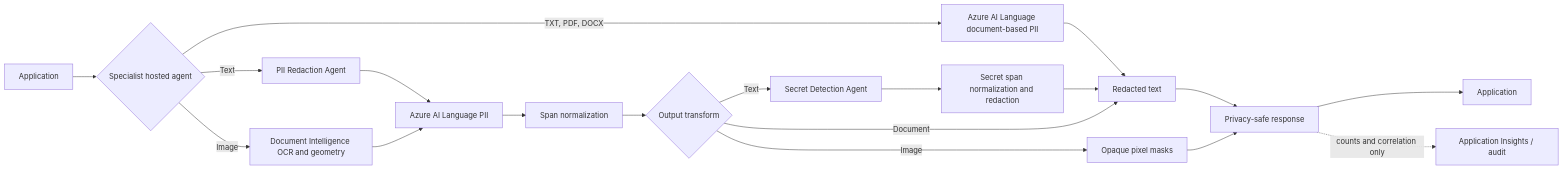
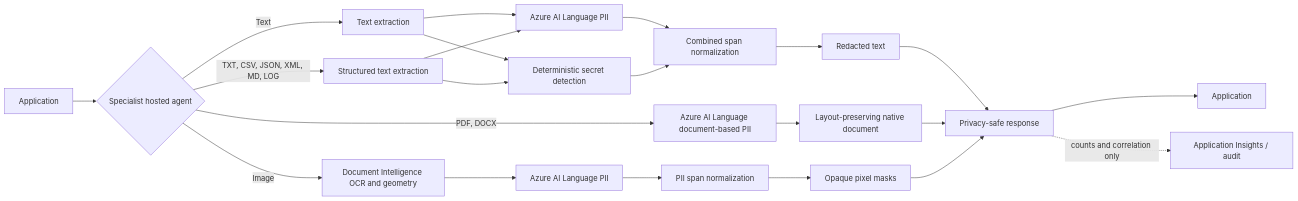
Before and after one commit to nabilshams/responsible-ai-guardrails: the diagram in docs/architecture.md, drawn with Mermaid. The commit also changed other lines of this file and 15 other files, not shown here.

Commit message:
feat: enhance PII and secret redaction capabilities across documentation and code; add structured text support

````diff
--- a/docs/architecture.md
+++ b/docs/architecture.md
@@ -12,21 +12,24 @@
 ```mermaid
 flowchart LR
   A[Application] --> B{Specialist hosted agent}
-  B -->|Text| C[PII Redaction Agent]
-  B -->|TXT, PDF, DOCX| D[Azure AI Language document-based PII]
+  B -->|Text| C[Text extraction]
+  B -->|TXT, CSV, JSON, XML, MD, LOG| P[Structured text extraction]
+  B -->|PDF, DOCX| D[Azure AI Language document-based PII]
   B -->|Image| E[Document Intelligence OCR and geometry]
   C --> F[Azure AI Language PII]
-  D --> I[Layout-preserving native document]
-  E --> F
-  F --> G[Span normalization]
-  G --> H{Output transform}
-  H -->|Text| N[Secret Detection Agent]
-  N --> O[Secret span normalization and redaction]
-  O --> I[Redacted text]
-  H -->|Document| I
-  H -->|Image| J[Opaque pixel masks]
+  P --> F
+  C --> N[Deterministic secret detection]
+  P --> N
+  F --> G[Combined span normalization]
+  N --> G
+  G --> I[Redacted text]
+  D --> Q[Layout-preserving native document]
+  E --> R[Azure AI Language PII]
+  R --> S[PII span normalization]
+  S --> J[Opaque pixel masks]
   I --> K[Privacy-safe response]
+  Q --> K
   J --> K
   K --> L[Application]
   K -. counts and correlation only .-> M[Application Insights / audit]
 ```
````
